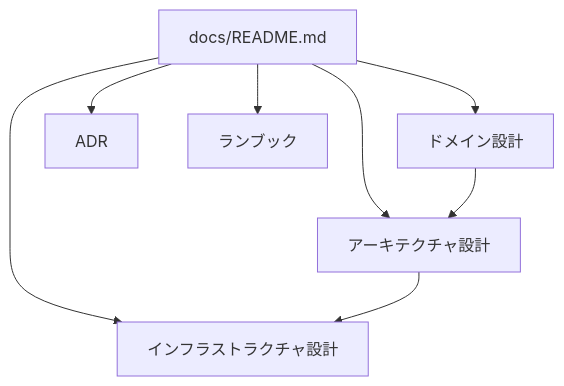
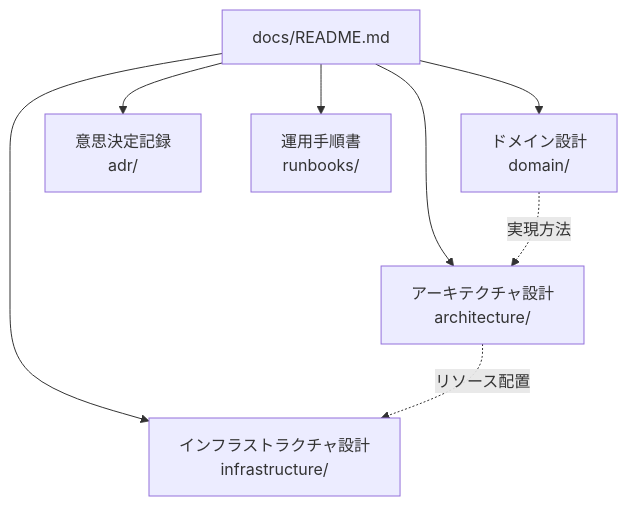
The first of 2 diagrams in docs/README.md (ojiverse/datawarehouse), drawn with Mermaid before and after one commit. The commit also changed other lines of this file and 32 other files, not shown here.

````diff
--- a/docs/README.md
+++ b/docs/README.md
@@ -9,18 +11,18 @@
 ```mermaid
 flowchart TD
-    R[docs/README.md]
-    D[ドメイン設計]
-    A[アーキテクチャ設計]
-    I[インフラストラクチャ設計]
-    ADR[ADR]
-    RB[ランブック]
+    Root[docs/README.md]
+    Domain[ドメイン設計<br>domain/]
+    Arch[アーキテクチャ設計<br>architecture/]
+    Infra[インフラストラクチャ設計<br>infrastructure/]
+    ADR[意思決定記録<br>adr/]
+    Runbooks[運用手順書<br>runbooks/]
 
-    R --> D
-    R --> A
-    R --> I
-    R --> ADR
-    R --> RB
+    Root --> Domain
+    Root --> Arch
+    Root --> Infra
+    Root --> ADR
+    Root --> Runbooks
 
-    D --> A
-    A --> I
+    Domain -.実現方法.-> Arch
+    Arch -.リソース配置.-> Infra
 ```
````
